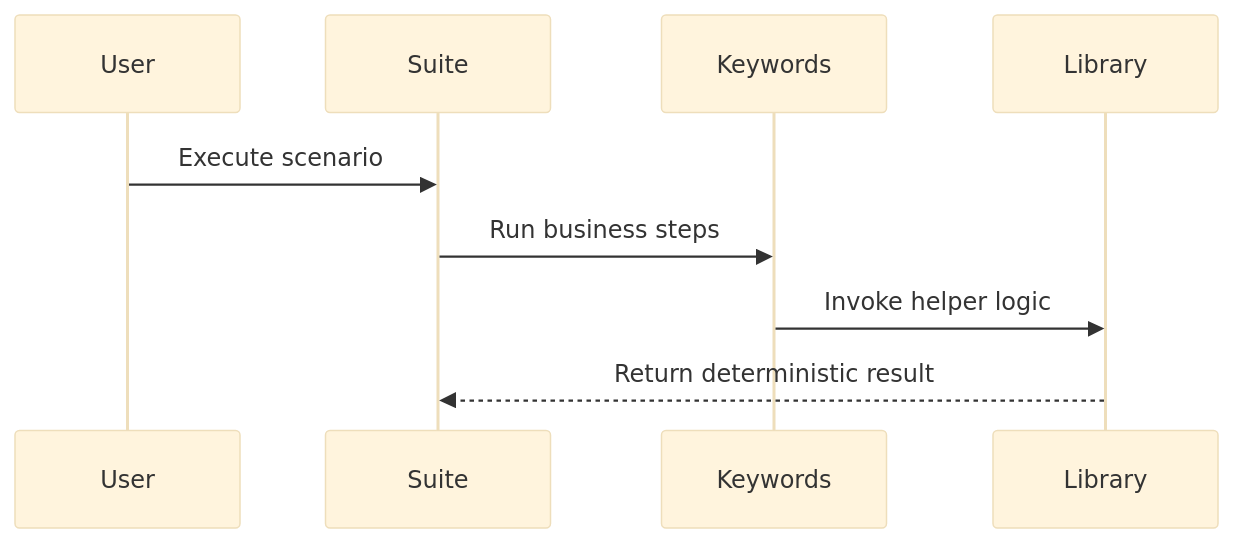
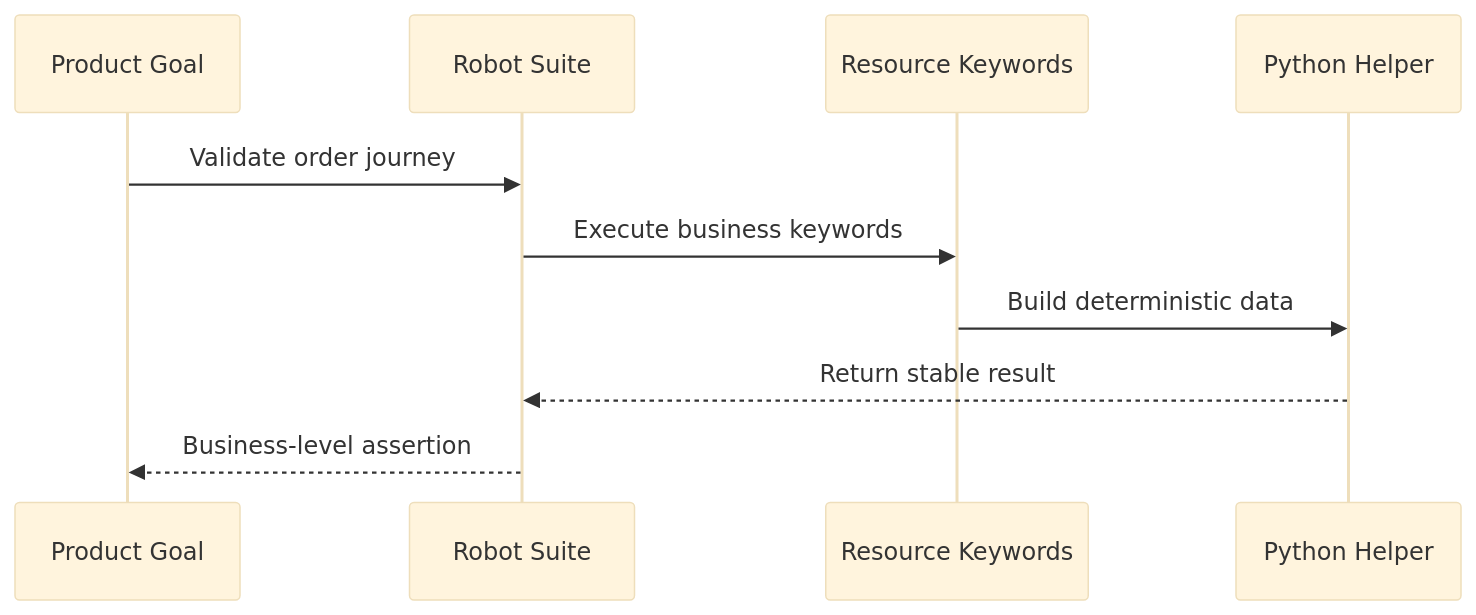
Before and after one commit to arvind3/RobotFrameworkBookWithIDE: the diagram in docs/09-real-world-case-study.mdx, drawn with Mermaid (base theme). The commit also changed other lines of this file and 18 other files, not shown here.

````diff
--- a/docs/09-real-world-case-study.mdx
+++ b/docs/09-real-world-case-study.mdx
@@ -13,11 +27,12 @@
 ```mermaid
 sequenceDiagram
-  participant User
-  participant Suite
-  participant Keywords
-  participant Library
-  User->>Suite: Execute scenario
-  Suite->>Keywords: Run business steps
-  Keywords->>Library: Invoke helper logic
-  Library-->>Suite: Return deterministic result
+  participant Product as Product Goal
+  participant Suite as Robot Suite
+  participant Resource as Resource Keywords
+  participant Library as Python Helper
+  Product->>Suite: Validate order journey
+  Suite->>Resource: Execute business keywords
+  Resource->>Library: Build deterministic data
+  Library-->>Suite: Return stable result
+  Suite-->>Product: Business-level assertion
 ```
````
